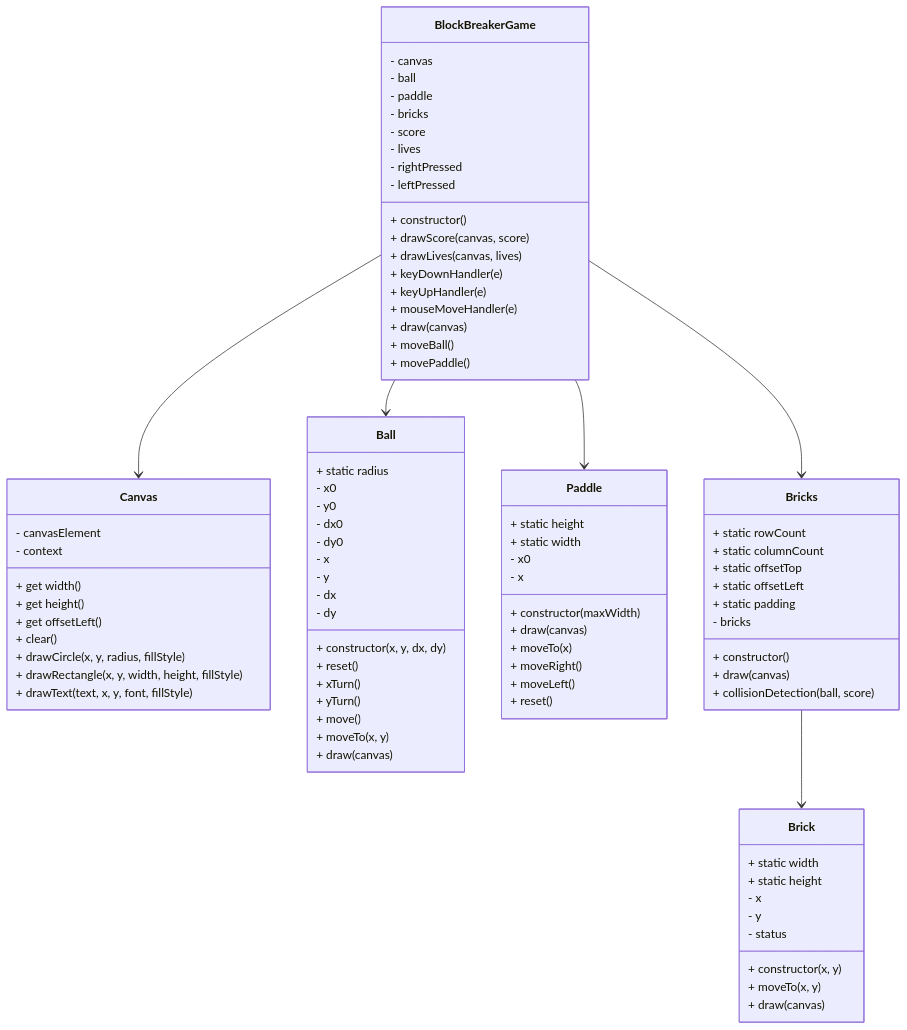
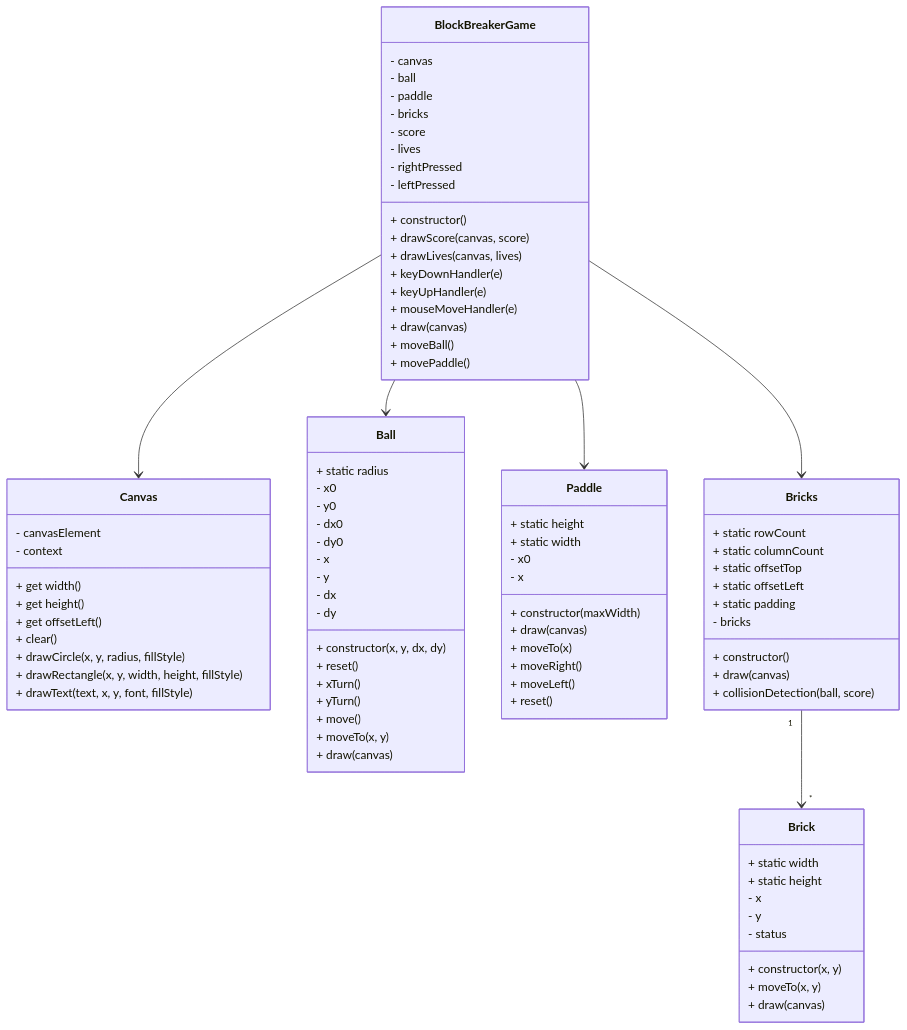
The second of 5 diagrams in README.md (Fujiwo/FutOopSample.20221209), drawn with Mermaid before and after one commit. The commit also changed other lines of this file, not shown here.

````diff
--- a/README.md
+++ b/README.md
@@ -117,5 +117,5 @@
     BlockBreakerGame --> Ball
     BlockBreakerGame --> Paddle
     BlockBreakerGame --> Bricks
-    Bricks --> Brick
+    Bricks "1" --> "*" Brick
 ```
````
